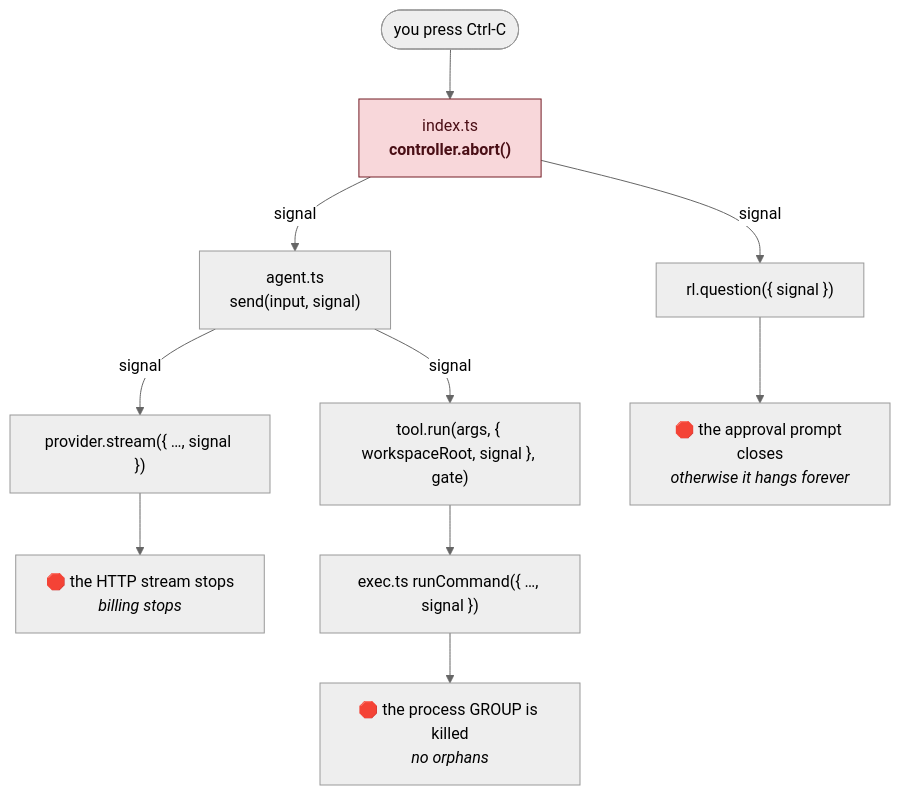
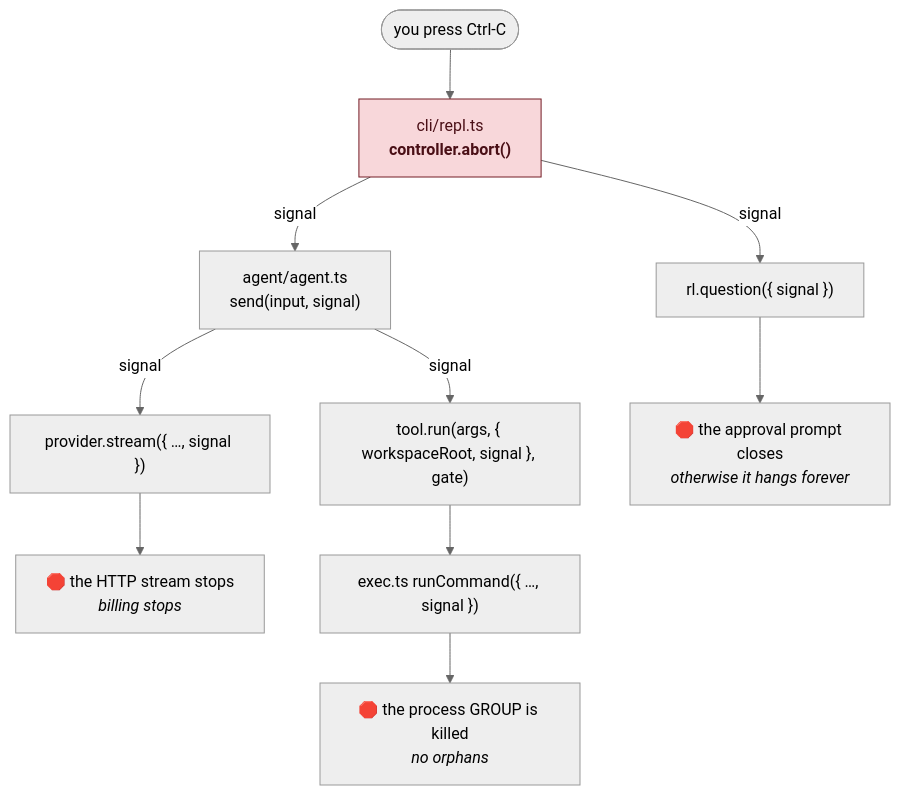
One commit to bairoy/KRIMICODE changed the first of 6 diagrams in learning/day-3/05-cancellation.md. Above: the diagram before and after it, drawn with Mermaid (neutral theme). The commit also changed other lines of this file and 22 other files, not shown here.

````diff
--- a/learning/day-3/05-cancellation.md
+++ b/learning/day-3/05-cancellation.md
@@ -91,17 +91,17 @@
 ```mermaid
 flowchart TD
-    CTRL(["you press Ctrl-C"]) --> IDX["index.ts<br/><b>controller.abort()</b>"]
-    IDX -->|"signal"| AG["agent.ts<br/>send(input, signal)"]
+    CTRL(["you press Ctrl-C"]) --> IDX["cli/repl.ts<br/><b>controller.abort()</b>"]
+    IDX -->|"signal"| AG["agent/agent.ts<br/>send(input, signal)"]
 
     AG -->|signal| PR["provider.stream({ …, signal })"]
     PR --> STOP1["🛑 the HTTP stream stops<br/><i>billing stops</i>"]
 
     AG -->|signal| TR["tool.run(args, { workspaceRoot, signal }, gate)"]
     TR --> EX["exec.ts runCommand({ …, signal })"]
     EX --> STOP2["🛑 the process GROUP is killed<br/><i>no orphans</i>"]
 
     IDX -->|signal| RL["rl.question({ signal })"]
     RL --> STOP3["🛑 the approval prompt closes<br/><i>otherwise it hangs forever</i>"]
 
     style IDX fill:#f8d7da,stroke:#721c24,color:#4a0f16
 ```
````
